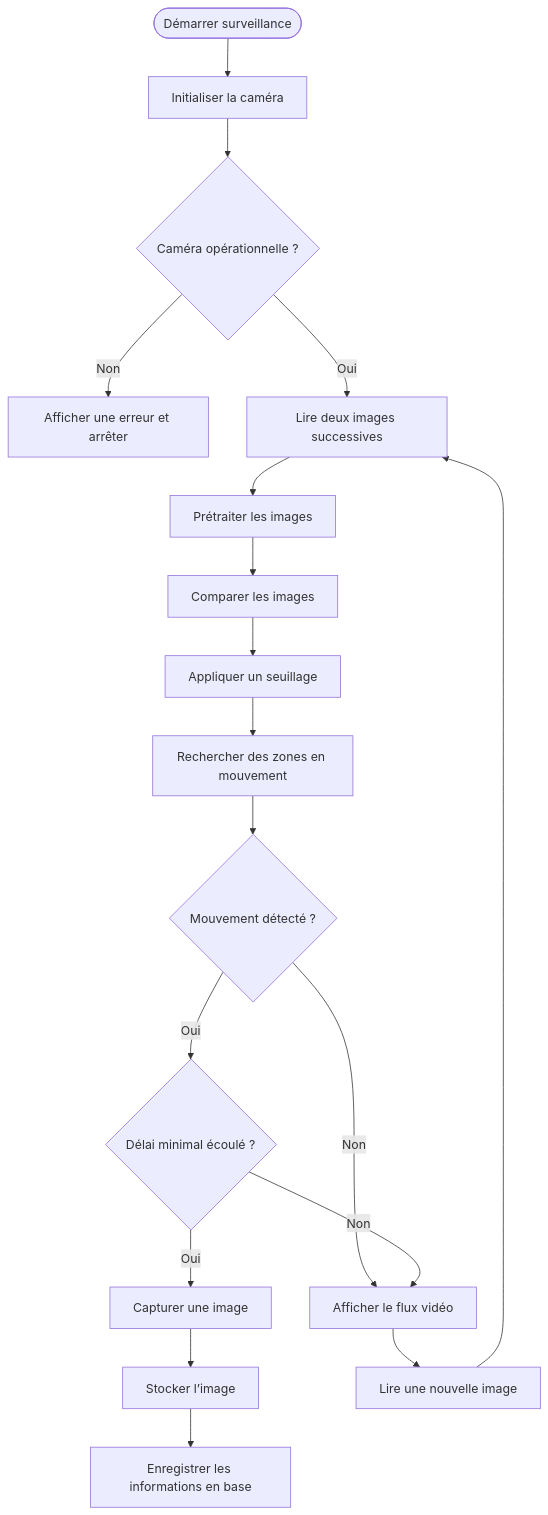
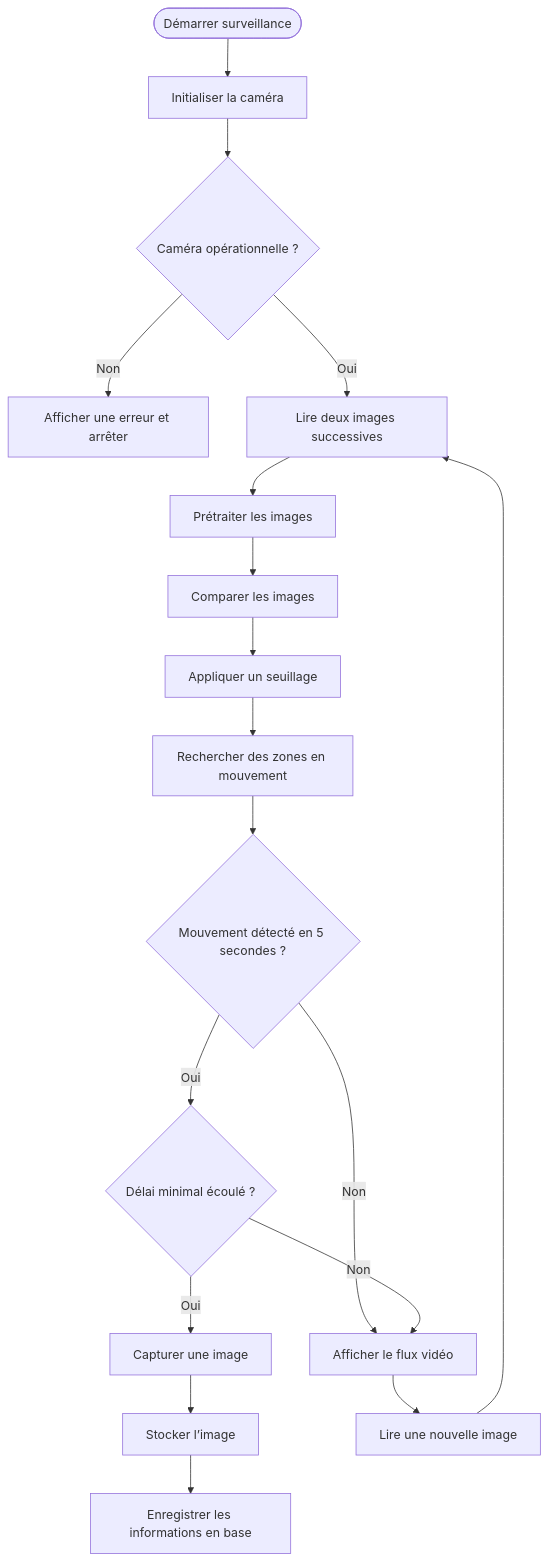
One commit to axel-g-dev/projet-surveillance changed the first of 4 diagrams in projet/documentation.md. Above: the diagram before and after it, drawn with Mermaid. The commit also changed other lines of this file and 3 other files, not shown here.

````diff
--- a/projet/documentation.md
+++ b/projet/documentation.md
@@ -391,25 +375,25 @@
 ```mermaid
 flowchart TD
     A([Démarrer surveillance]) --> B[Initialiser la caméra]
     B --> C{Caméra opérationnelle ?}
 
     C -- Non --> Z[Afficher une erreur et arrêter]
     C -- Oui --> D[Lire deux images successives]
 
     D --> E[Prétraiter les images]
     E --> F[Comparer les images]
     F --> G[Appliquer un seuillage]
     G --> H[Rechercher des zones en mouvement]
 
-    H --> I{Mouvement détecté ?}
+    H --> I{Mouvement détecté en 5 secondes ?}
     I -- Non --> J[Afficher le flux vidéo]
     I -- Oui --> K{Délai minimal écoulé ?}
 
     K -- Non --> J
     K -- Oui --> L[Capturer une image]
     L --> M[Stocker l’image]
     M --> N[Enregistrer les informations en base]
 
     J --> O[Lire une nouvelle image]
     O --> D
 ```
````
